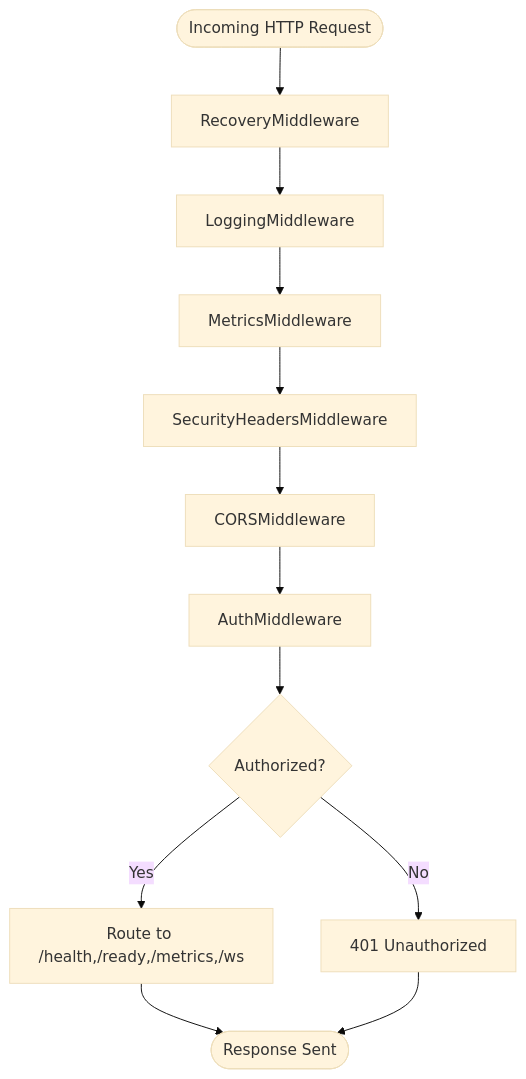
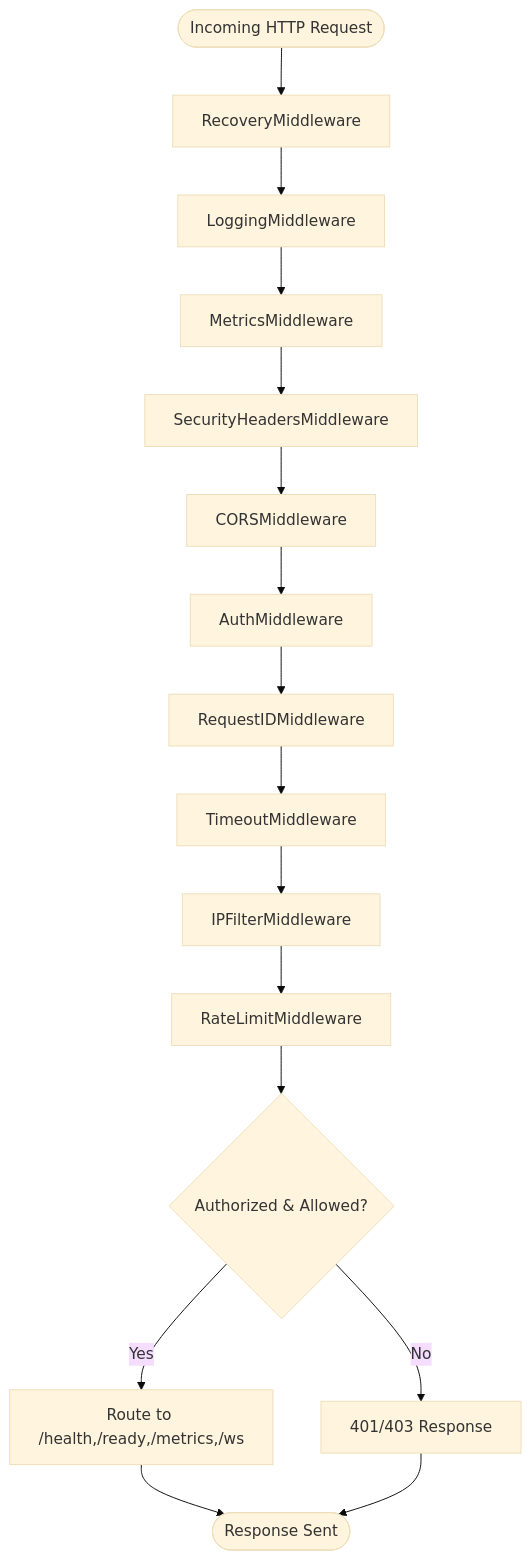
Before and after one commit to vashkelis/call-server: the third of 4 diagrams in .qoder/repowiki/en/content/Core Services/Media-Edge Service/Middleware Chain & Security.md, drawn with Mermaid (base theme). The commit also changed other lines of this file and 16 other files, not shown here.

````diff
--- a/.qoder/repowiki/en/content/Core Services/Media-Edge Service/Middleware Chain & Security.md
+++ b/.qoder/repowiki/en/content/Core Services/Media-Edge Service/Middleware Chain & Security.md
@@ -171,14 +189,18 @@
 ```mermaid
 flowchart TD
 Start(["Incoming HTTP Request"]) --> Recovery["RecoveryMiddleware"]
 Recovery --> Logging["LoggingMiddleware"]
 Logging --> Metrics["MetricsMiddleware"]
 Metrics --> SecHeaders["SecurityHeadersMiddleware"]
 SecHeaders --> CORS["CORSMiddleware"]
 CORS --> Auth["AuthMiddleware"]
-Auth --> Dispatch{"Authorized?"}
-Dispatch --> |No| Unauthorized["401 Unauthorized"]
+Auth --> RequestID["RequestIDMiddleware"]
+RequestID --> Timeout["TimeoutMiddleware"]
+Timeout --> IPFilter["IPFilterMiddleware"]
+IPFilter --> RateLimit["RateLimitMiddleware"]
+RateLimit --> Dispatch{"Authorized & Allowed?"}
+Dispatch --> |No| Unauthorized["401/403 Response"]
 Dispatch --> |Yes| Handlers["Route to /health,/ready,/metrics,/ws"]
 Handlers --> End(["Response Sent"])
 Unauthorized --> End
 ```
````
